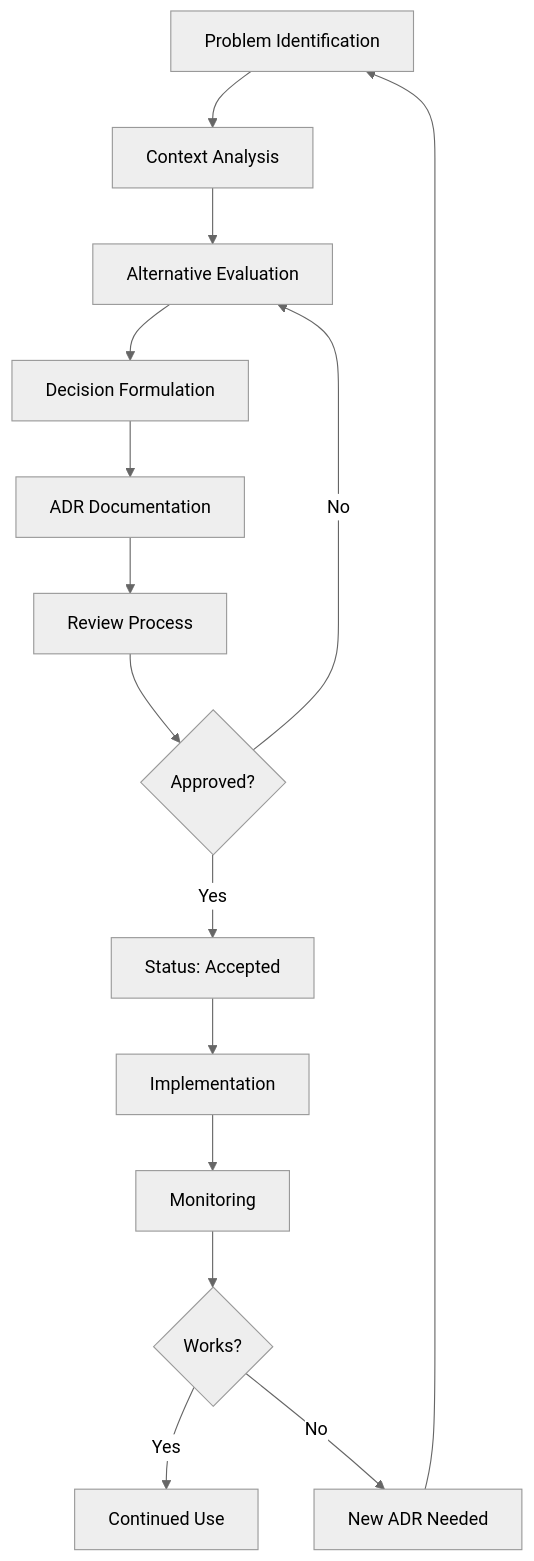
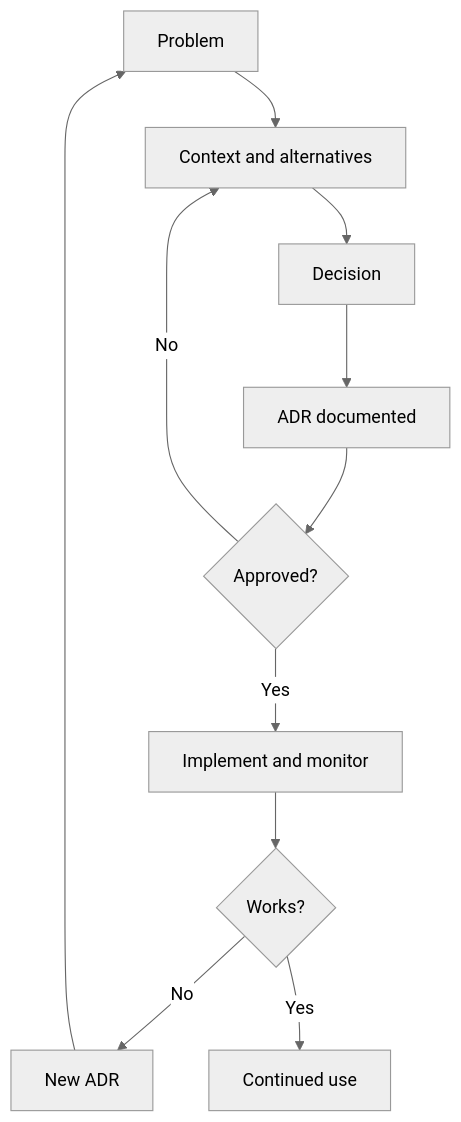
One commit to Geonitab/architecture_as_code changed the diagram in docs/images/diagram_04_adr_chapter.mmd. Above: the diagram before and after it, drawn with Mermaid (neutral theme). The commit also changed 56 other files, not shown here.

First line of the commit message:
Make Mermaid figures legible: fewer elements, narrower, one message each

```diff
--- a/docs/images/diagram_04_adr_chapter.mmd
+++ b/docs/images/diagram_04_adr_chapter.mmd
@@ -1,15 +1,11 @@
 graph TD
-    A[Problem Identification]:::kv-primary --> B[Context Analysis]:::kv-highlight
-    B --> C[Alternative Evaluation]:::kv-accent
-    C --> D[Decision Formulation]:::kv-accent
-    D --> E[ADR Documentation]:::kv-primary
-    E --> F[Review Process]:::kv-highlight
-    F --> G{Approved?}:::kv-outline
-    G -->|Yes| H[Status: Accepted]:::kv-accent
-    G -->|No| C
-    H --> I[Implementation]:::kv-primary
-    I --> J[Monitoring]:::kv-highlight
-    J --> K{Works?}:::kv-outline
-    K -->|Yes| L[Continued Use]:::kv-accent
-    K -->|No| M[New ADR Needed]:::kv-pattern
+    A[Problem]:::kv-primary --> B[Context and alternatives]:::kv-accent
+    B --> C[Decision]:::kv-accent
+    C --> D[ADR documented]:::kv-primary
+    D --> G{Approved?}:::kv-outline
+    G -->|No| B
+    G -->|Yes| I[Implement and monitor]:::kv-highlight
+    I --> K{Works?}:::kv-outline
+    K -->|No| M[New ADR]:::kv-pattern
+    K -->|Yes| L[Continued use]:::kv-accent
     M --> A
```
